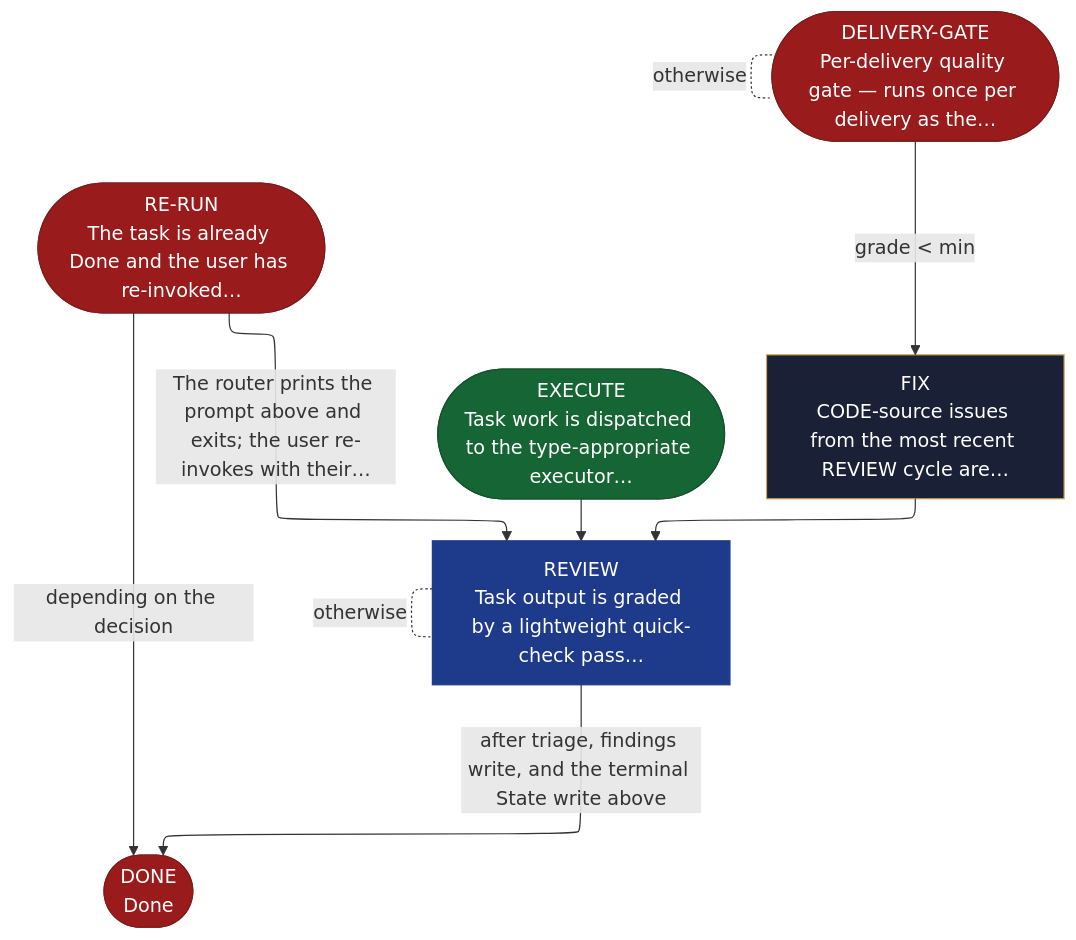
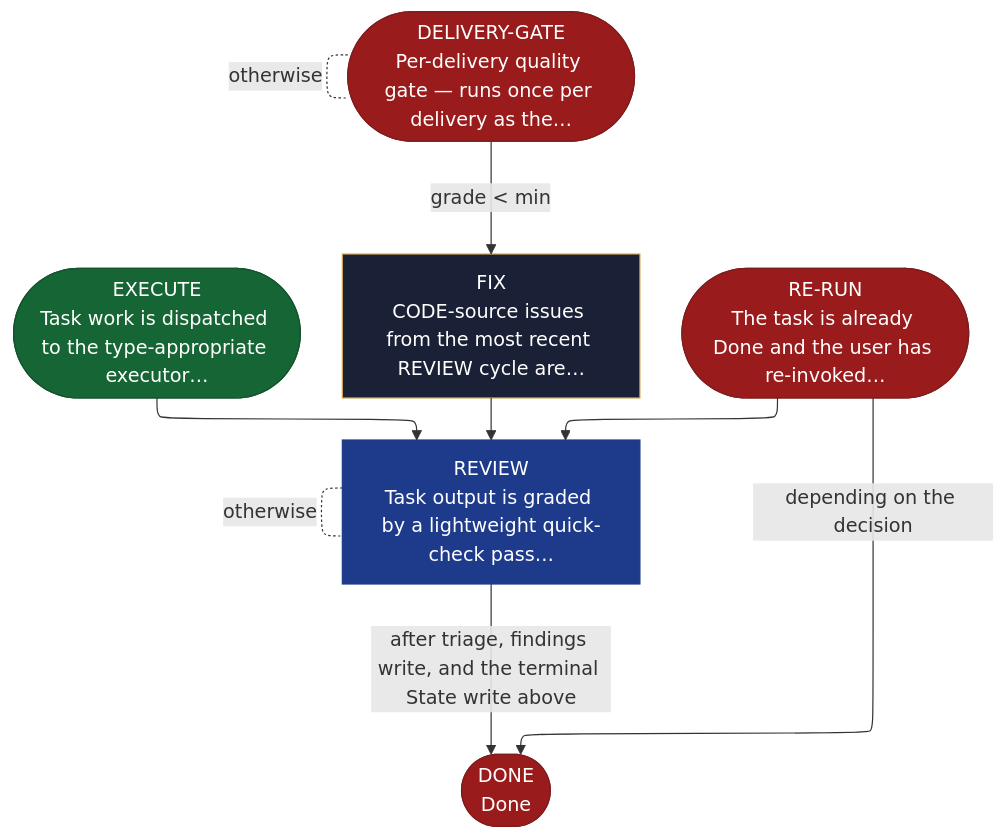
Before and after one commit to AndreVianna/aid-methodology: the diagram in site/src/content/docs/skills/aid-execute.md, drawn with Mermaid. The commit also changed 9 other files, not shown here.

````diff
--- a/site/src/content/docs/skills/aid-execute.md
+++ b/site/src/content/docs/skills/aid-execute.md
@@ -20,44 +20,44 @@
 ```mermaid
 ---
 config:
   layout: elk
   flowchart:
     nodeSpacing: 55
     rankSpacing: 65
     padding: 12
     useMaxWidth: true
 ---
 flowchart TB
   classDef aidNode color:#fff
   classDef aidEntry fill:#166534,stroke:#14532d,color:#fff
   classDef aidExit fill:#991b1b,stroke:#7f1d1d,color:#fff
   classDef aidDecision fill:#92400e,stroke:#78350f,color:#fff
   classDef aidLoopBack fill:#1e3a8a,stroke:#1e3a8a,color:#fff
   classDef aidStep fill:#1a2035,stroke:#d4a853,color:#f1f5f9
   n1(["EXECUTE<br/>Task work is dispatched to the type-appropriate executor…"])
   n2["REVIEW<br/>Task output is graded by a lightweight quick-check pass…"]
   n3["FIX<br/>CODE-source issues from the most recent REVIEW cycle are…"]
   n4(["DONE<br/>Done"])
   n5(["RE-RUN<br/>The task is already Done and the user has re-invoked…"])
   n6(["DELIVERY-GATE<br/>Per-delivery quality gate — runs once per delivery as the…"])
   n1 --> n2
   n2 -. "otherwise" .- n2
   n2 -->|"after triage, findings write, and the terminal State write above"| n4
   n3 --> n2
-  n5 -->|"The router prints the prompt above and exits; the user re-invokes with their…"| n2
+  n5 --> n2
   n5 -->|"depending on the decision"| n4
   n6 -->|"grade &lt; min"| n3
   n6 -. "otherwise" .- n6
   class n1 aidEntry
   class n2 aidLoopBack
   class n3 aidStep
   class n4 aidExit
   class n5 aidExit
   class n6 aidExit
   class n1 aidNode
   class n2 aidNode
   class n3 aidNode
   class n4 aidNode
   class n5 aidNode
   class n6 aidNode
 ```
````
